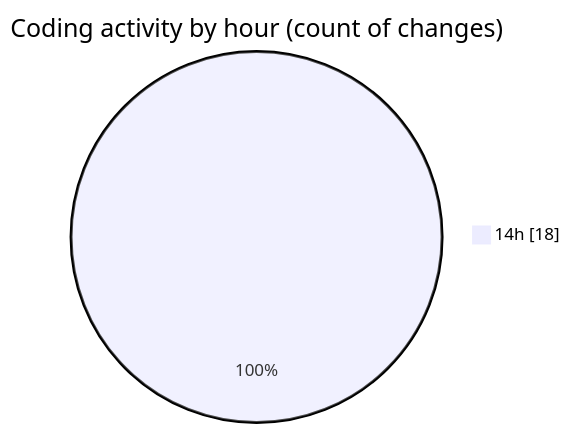
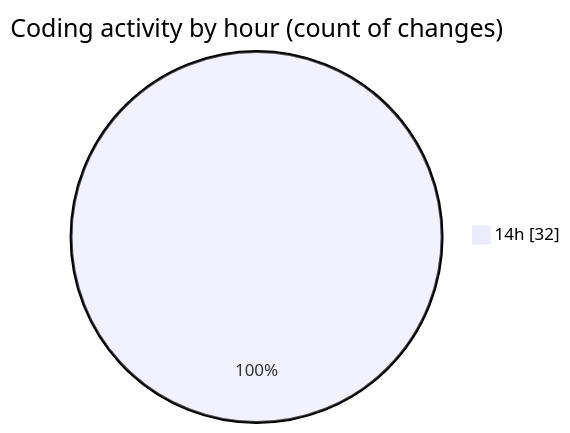
Before and after one commit to CELIANVF/code-tracking: the second of 2 diagrams in 2025-04-03/projet_de_base/README.md, drawn with Mermaid. The commit also changed other lines of this file and 1 other file, not shown here.

````diff
--- a/2025-04-03/projet_de_base/README.md
+++ b/2025-04-03/projet_de_base/README.md
@@ -33,5 +33,5 @@
 ```mermaid
 pie showData
 title Coding activity by hour (count of changes)
-"14h" : 18
+"14h" : 32
 ```
````
